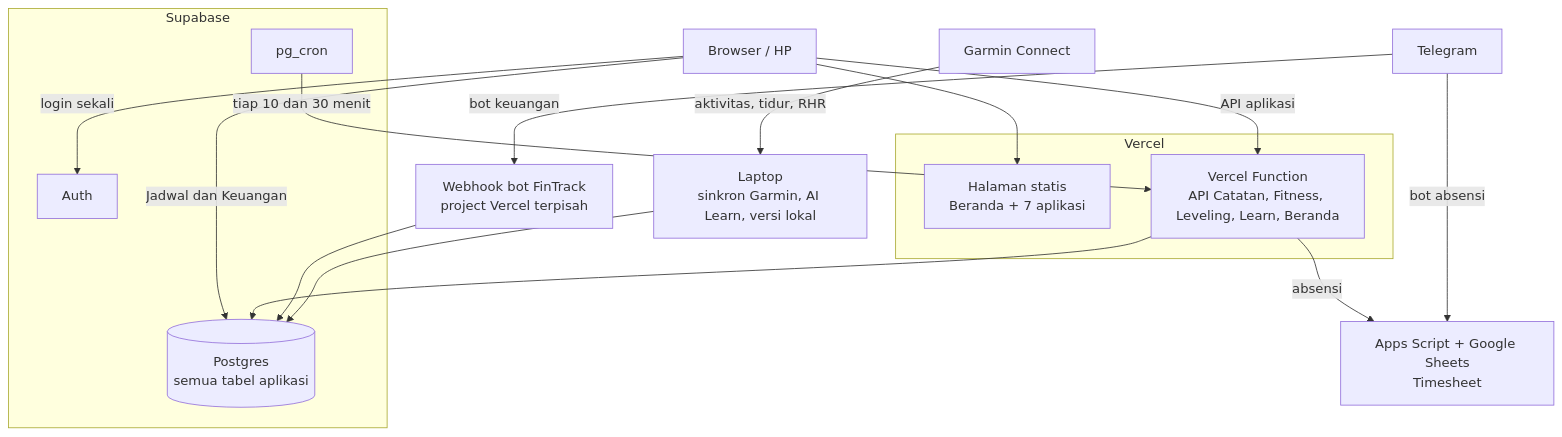
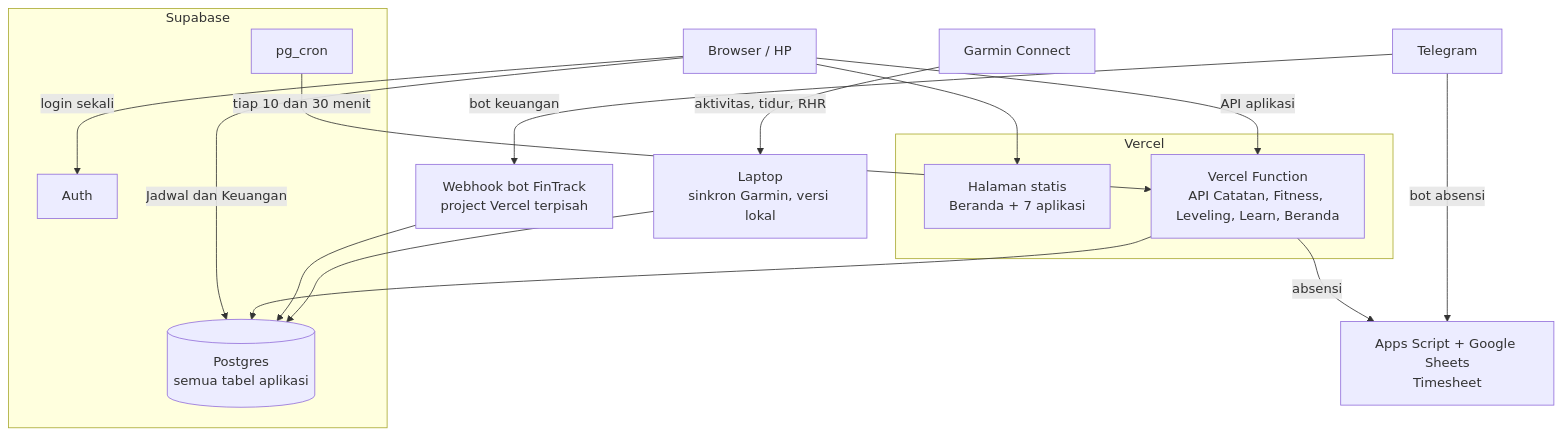
One commit to himattheww/ionwyn-system changed the first of 3 diagrams in README.md. Above: the diagram before and after it, drawn with Mermaid. The commit also changed other lines of this file and 1 other file, not shown here.

First line of the commit message:
document the learn connector for claude

````diff
--- a/README.md
+++ b/README.md
@@ -81,34 +83,34 @@
 ```mermaid
 flowchart TB
   U["Browser / HP"]
   TG["Telegram"]
 
   subgraph Vercel
     S["Halaman statis<br/>Beranda + 7 aplikasi"]
     F["Vercel Function<br/>API Catatan, Fitness, Leveling, Learn, Beranda"]
   end
 
   W["Webhook bot FinTrack<br/>project Vercel terpisah"]
 
   subgraph Supabase
     A["Auth"]
     DB[("Postgres<br/>semua tabel aplikasi")]
     C["pg_cron"]
   end
 
   GS["Apps Script + Google Sheets<br/>Timesheet"]
-  LP["Laptop<br/>sinkron Garmin, AI Learn, versi lokal"]
+  LP["Laptop<br/>sinkron Garmin, versi lokal"]
   GC["Garmin Connect"]
 
   U --> S
   U -->|login sekali| A
   U -->|API aplikasi| F
   U -->|Jadwal dan Keuangan| DB
   F --> DB
   F -->|absensi| GS
   C -->|tiap 10 dan 30 menit| F
   TG -->|bot keuangan| W --> DB
   TG -->|bot absensi| GS
   GC -->|aktivitas, tidur, RHR| LP
   LP --> DB
 ```
````
